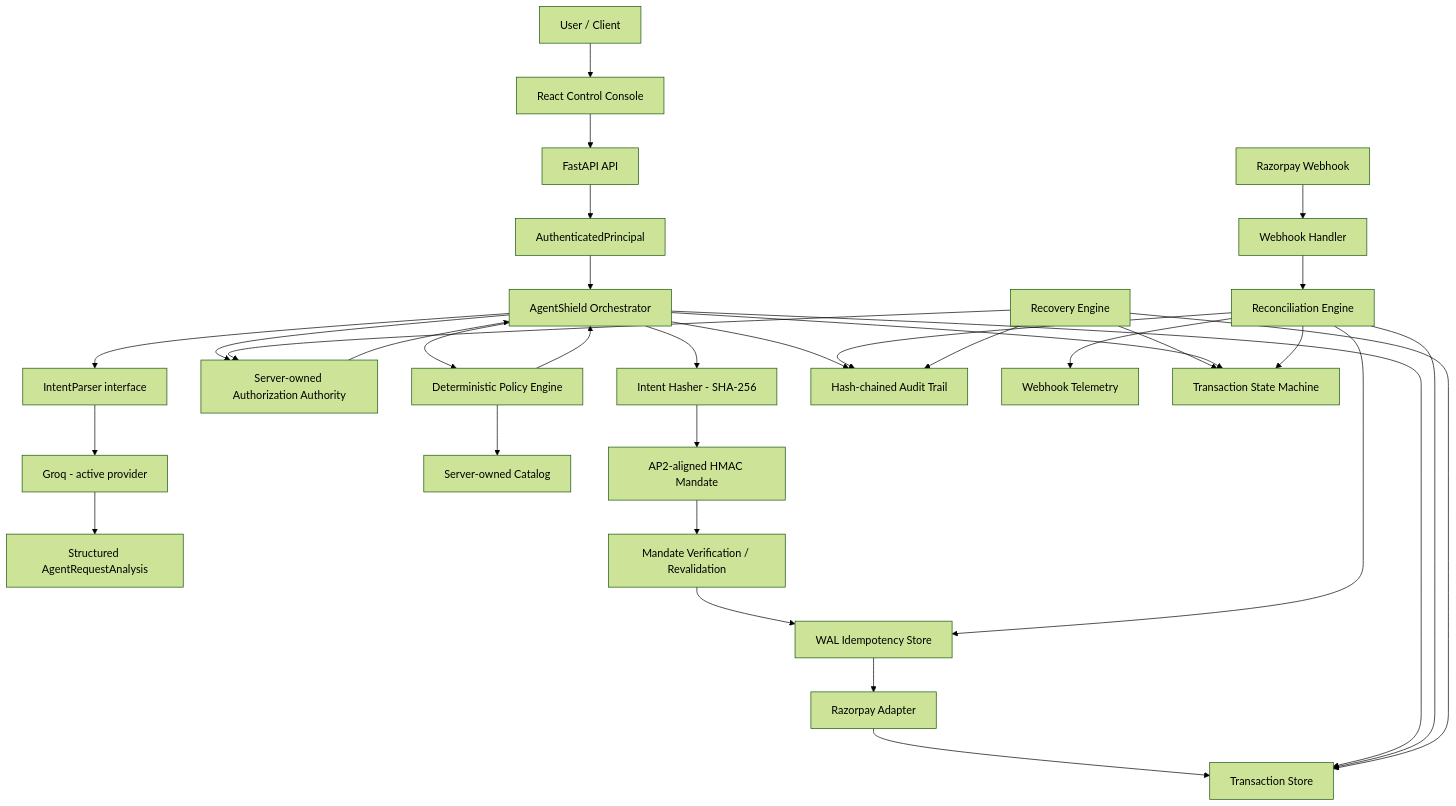
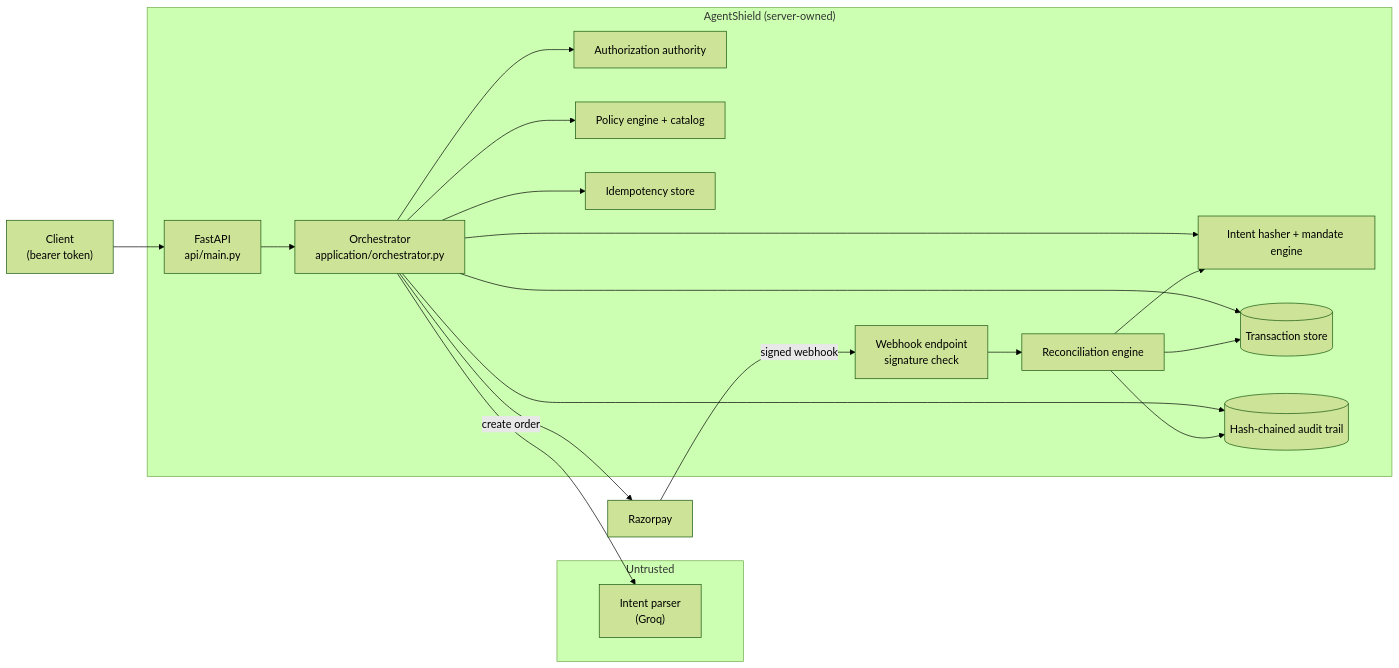
Before and after one commit to 31groot/agentshield: the first of 3 diagrams in README.md, drawn with Mermaid (forest theme). The commit also changed other lines of this file and 17 other files, not shown here.

Commit message:
Cap mandate TTL server-side, remove unused MAX_RETRIES, rename MandateEngine, update README

````diff
--- a/README.md
+++ b/README.md
@@ -22,45 +26,26 @@
 ```mermaid
-flowchart TD
-    U[User / Client] --> UI[React Control Console]
-    UI --> API[FastAPI API]
+flowchart LR
+    Client["Client<br/>(bearer token)"] --> API["FastAPI<br/>api/main.py"]
 
-    API --> AUTHN[AuthenticatedPrincipal]
-    AUTHN --> ORCH[AgentShield Orchestrator]
+    subgraph Untrusted
+        LLM["Intent parser<br/>(Groq)"]
+    end
 
-    ORCH --> PARSER[IntentParser interface]
-    PARSER --> LLM[Groq - active provider]
-    LLM --> ANALYSIS[Structured AgentRequestAnalysis]
+    subgraph AgentShield["AgentShield (server-owned)"]
+        API --> ORCH["Orchestrator<br/>application/orchestrator.py"]
+        ORCH --> LLM
+        ORCH --> AUTHZ["Authorization authority"]
+        ORCH --> POLICY["Policy engine + catalog"]
+        ORCH --> MANDATE["Intent hasher + mandate engine"]
+        ORCH --> IDEM["Idempotency store"]
+        ORCH --> TXN[("Transaction store")]
+        ORCH --> AUDIT[("Hash-chained audit trail")]
+        WH["Webhook endpoint<br/>signature check"] --> RECON["Reconciliation engine"]
+        RECON --> MANDATE
+        RECON --> TXN
+        RECON --> AUDIT
+    end
 
-    ORCH --> AUTHZ[Server-owned Authorization Authority]
-    ORCH --> POLICY[Deterministic Policy Engine]
-    POLICY --> CAT[Server-owned Catalog]
-
-    AUTHZ --> ORCH
-    POLICY --> ORCH
-
-    ORCH --> HASH[Intent Hasher - SHA-256]
-    HASH --> MANDATE[AP2-aligned HMAC Mandate]
-    MANDATE --> VERIFY[Mandate Verification / Revalidation]
-
-    VERIFY --> IDEMP[WAL Idempotency Store]
-    IDEMP --> PAY[Razorpay Adapter]
-
-    PAY --> TXN[Transaction Store]
-    ORCH --> TXN
-    ORCH --> AUDIT[Hash-chained Audit Trail]
-
-    RZ[Razorpay Webhook] --> WH[Webhook Handler]
-    WH --> RECON[Reconciliation Engine]
-    RECON --> TXN
-    RECON --> IDEMP
-    RECON --> AUDIT
-    RECON --> TEL[Webhook Telemetry]
-
-    REC[Recovery Engine] --> AUTHZ
-    REC --> TXN
-    REC --> AUDIT
-    REC --> SM[Transaction State Machine]
-
-    ORCH --> SM
-    RECON --> SM
+    ORCH -->|"create order"| RZP["Razorpay"]
+    RZP -->|"signed webhook"| WH
 ```
````
